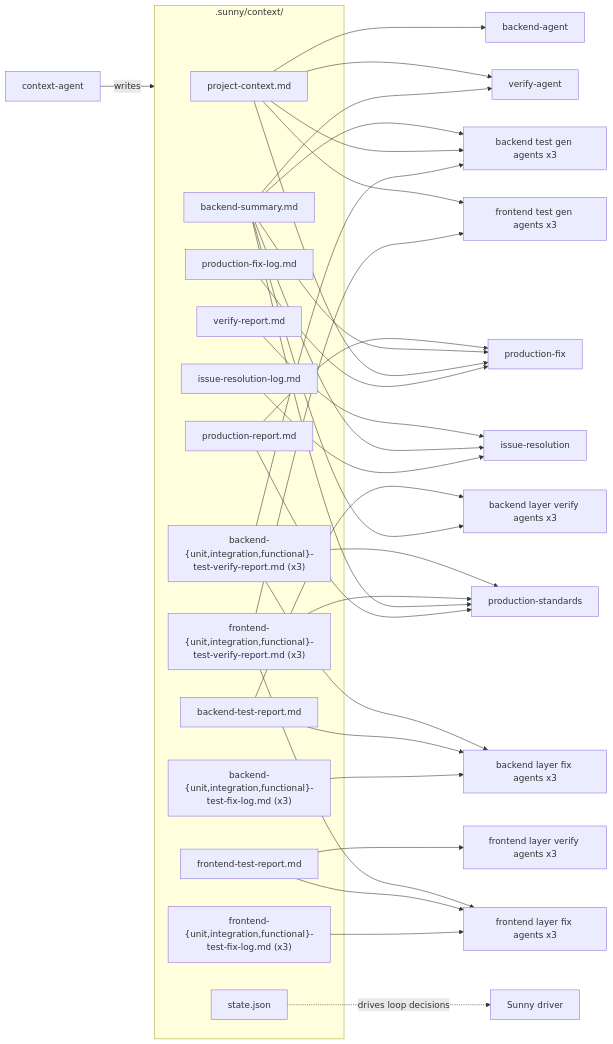
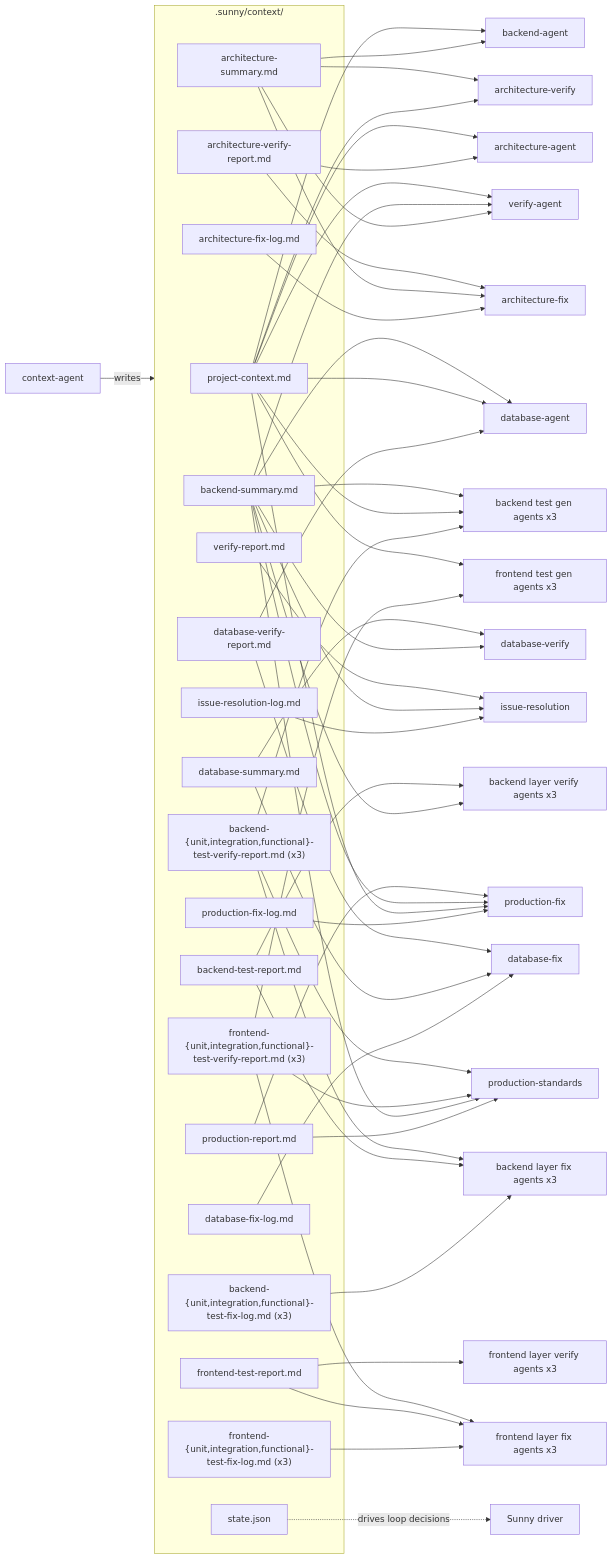
Diagram 12 of 13 in .cursor/agents/ARCHITECTURE.md (priyam-qo-box/agents), drawn with Mermaid before and after one commit. The commit also changed other lines of this file and 11 other files, not shown here.

First line of the commit message:
Add architecture and database agents to enhance system design and integrity

````diff
--- a/.cursor/agents/ARCHITECTURE.md
+++ b/.cursor/agents/ARCHITECTURE.md
@@ -422,50 +538,76 @@
 ```mermaid
 flowchart LR
     subgraph store [".sunny/context/"]
         PC[project-context.md]
+        AS[architecture-summary.md]
+        AVR[architecture-verify-report.md]
+        AFL[architecture-fix-log.md]
         BS[backend-summary.md]
         VR[verify-report.md]
         IRL[issue-resolution-log.md]
+        DS[database-summary.md]
+        DVR[database-verify-report.md]
+        DFL[database-fix-log.md]
         BTR[backend-test-report.md]
         BTV6["backend-{unit,integration,functional}-<br/>test-verify-report.md (x3)"]
         BTF6["backend-{unit,integration,functional}-<br/>test-fix-log.md (x3)"]
         FTR[frontend-test-report.md]
         FTV6["frontend-{unit,integration,functional}-<br/>test-verify-report.md (x3)"]
         FTF6["frontend-{unit,integration,functional}-<br/>test-fix-log.md (x3)"]
         PR[production-report.md]
         PFL[production-fix-log.md]
         ST[state.json]
     end
 
     Ctx[context-agent] -->|writes| store
 
+    PC --> ARC[architecture-agent]
+    AVR --> ARC
+    AS --> ARCV[architecture-verify]
+    PC --> ARCV
+    AVR --> ARCF[architecture-fix]
+    AS --> ARCF
+    AFL --> ARCF
+
     PC --> BE[backend-agent]
+    AS --> BE
     PC --> VER[verify-agent]
     BS --> VER
+    AS --> VER
     VR --> FIX[issue-resolution]
     BS --> FIX
     IRL --> FIX
+
+    BS --> DBA[database-agent]
+    PC --> DBA
+    DVR --> DBA
+    DS --> DBV[database-verify]
+    BS --> DBV
+    DVR --> DBF[database-fix]
+    DS --> DBF
+    DFL --> DBF
+
     BS --> BTEST[backend test gen agents x3]
     PC --> BTEST
     BTV6 --> BTEST
     BTR --> BTVA["backend layer verify agents x3"]
     BS --> BTVA
     BTV6 --> BTFIX["backend layer fix agents x3"]
     BTR --> BTFIX
     BTF6 --> BTFIX
     PC --> FTEST[frontend test gen agents x3]
     FTV6 --> FTEST
     FTR --> FTVA["frontend layer verify agents x3"]
     FTV6 --> FTFIX["frontend layer fix agents x3"]
     FTR --> FTFIX
     FTF6 --> FTFIX
     BTV6 --> PROD[production-standards]
     FTV6 --> PROD
     BS --> PROD
     PR --> PROD
     PR --> PFIX[production-fix]
     BS --> PFIX
     PC --> PFIX
     PFL --> PFIX
     ST -.drives loop decisions.-> Driver[Sunny driver]
 ```
````
